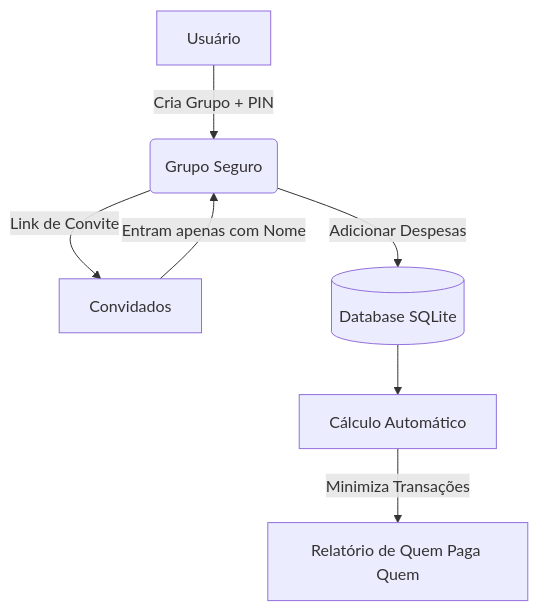
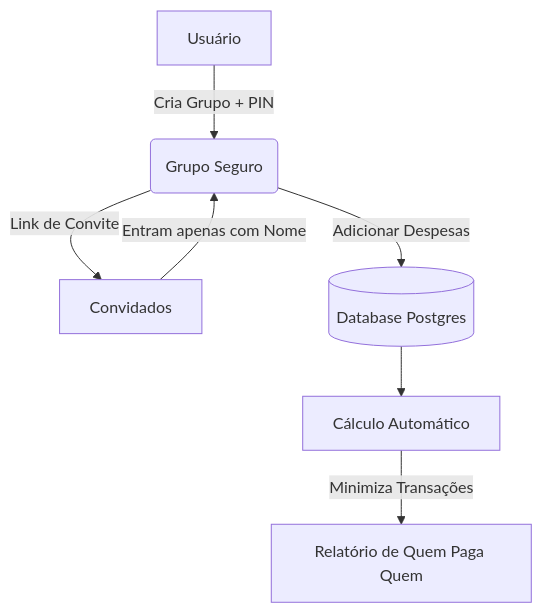
One commit to Arthurk12/racha_ai changed the diagram in README.md. Above: the diagram before and after it, drawn with Mermaid. The commit also changed other lines of this file and 2 other files, not shown here.

Commit message:
feat: update database configuration to use PostgreSQL with Supabase

````diff
--- a/README.md
+++ b/README.md
@@ -9,9 +9,9 @@
 ```mermaid
 graph TD
     A[Usuário] -->|Cria Grupo + PIN| B(Grupo Seguro)
     B -->|Link de Convite| C[Convidados]
     C -->|Entram apenas com Nome| B
-    B -->|Adicionar Despesas| D[(Database SQLite)]
+    B -->|Adicionar Despesas| D[(Database Postgres)]
     D --> E[Cálculo Automático]
     E -->|Minimiza Transações| F[Relatório de Quem Paga Quem]
 ```
````
